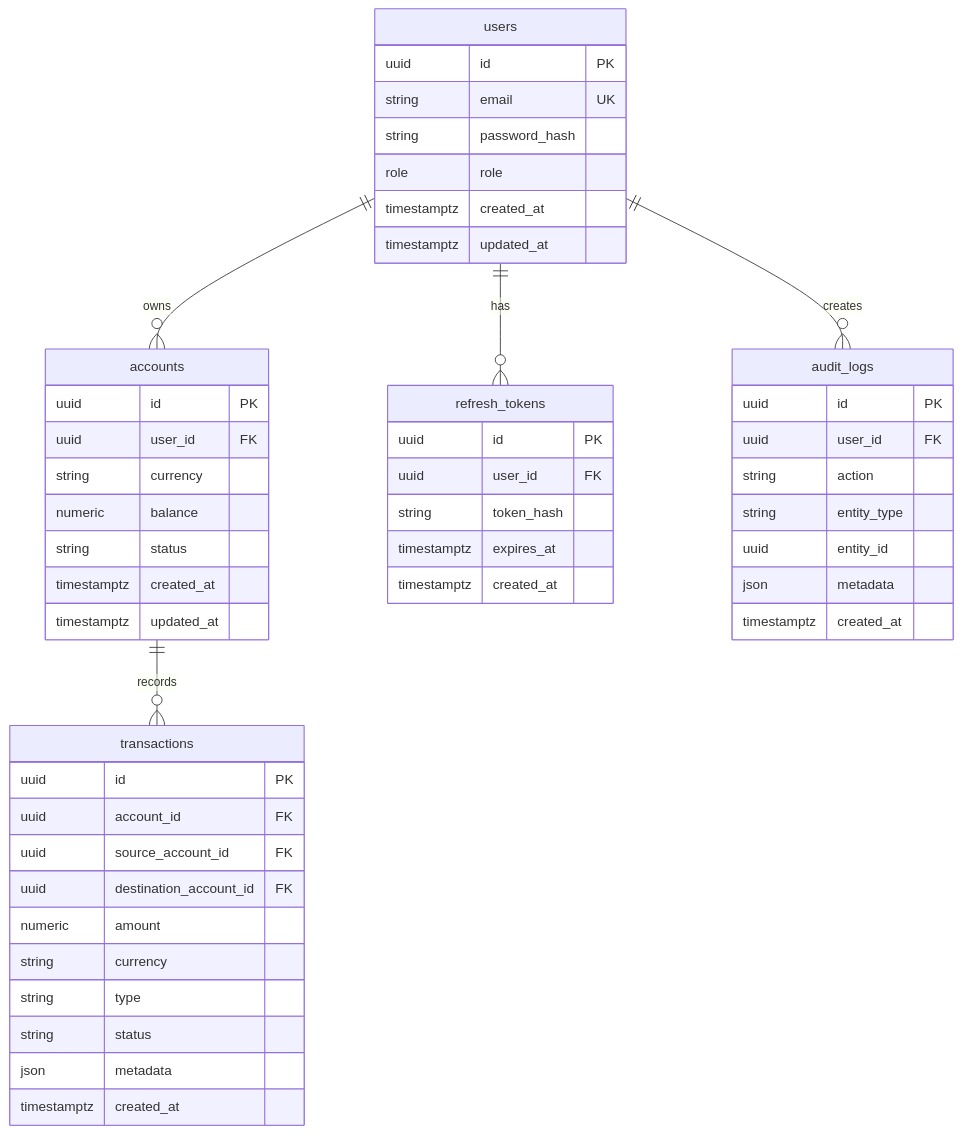
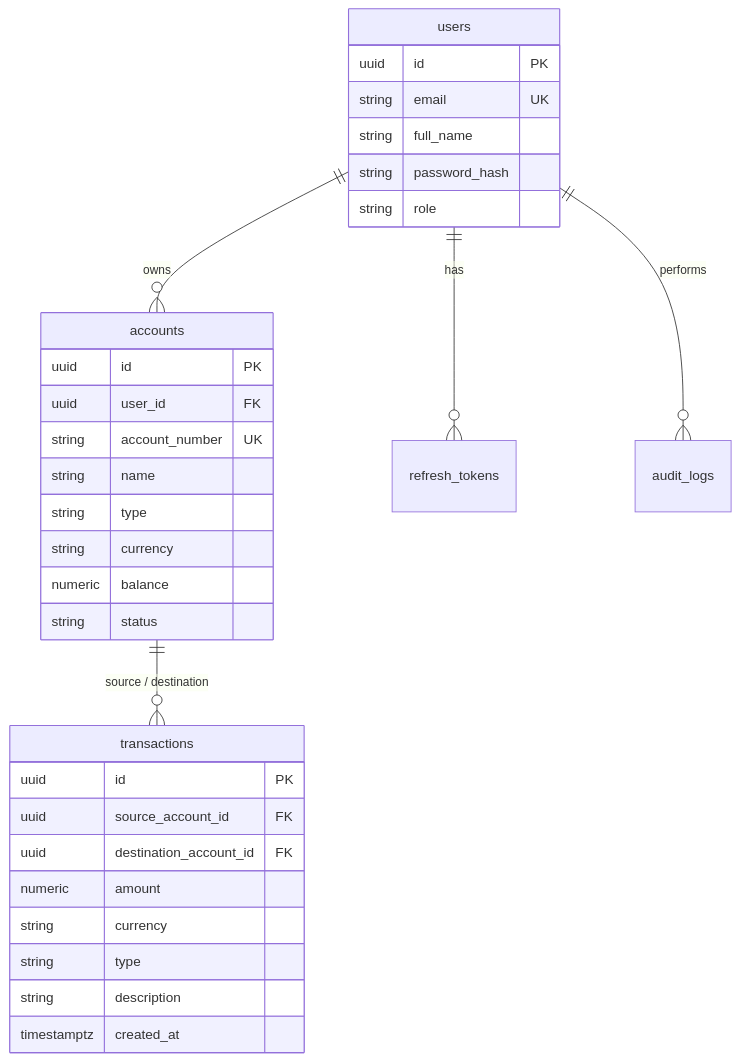
Before and after one commit to DavidMalkhasyan/Bank-System: the third of 3 diagrams in README.md, drawn with Mermaid. The commit also changed other lines of this file and 120 other files, not shown here.

````diff
--- a/README.md
+++ b/README.md
@@ -60,57 +118,29 @@
 ```mermaid
 erDiagram
     users ||--o{ accounts : owns
     users ||--o{ refresh_tokens : has
-    users ||--o{ audit_logs : creates
-    accounts ||--o{ transactions : records
+    users ||--o{ audit_logs : performs
+    accounts ||--o{ transactions : "source / destination"
 
-    users {
-      uuid id PK
+    users { uuid id PK
       string email UK
+      string full_name
       string password_hash
-      role role
-      timestamptz created_at
-      timestamptz updated_at
-    }
-
-    accounts {
-      uuid id PK
+      string role }
+    accounts { uuid id PK
       uuid user_id FK
+      string account_number UK
+      string name
+      string type
       string currency
       numeric balance
-      string status
-      timestamptz created_at
-      timestamptz updated_at
-    }
-
-    transactions {
-      uuid id PK
-      uuid account_id FK
+      string status }
+    transactions { uuid id PK
       uuid source_account_id FK
       uuid destination_account_id FK
       numeric amount
       string currency
       string type
-      string status
-      json metadata
-      timestamptz created_at
-    }
-
-    refresh_tokens {
-      uuid id PK
-      uuid user_id FK
-      string token_hash
-      timestamptz expires_at
-      timestamptz created_at
-    }
-
-    audit_logs {
-      uuid id PK
-      uuid user_id FK
-      string action
-      string entity_type
-      uuid entity_id
-      json metadata
-      timestamptz created_at
-    }
+      string description
+      timestamptz created_at }
 ```
````
